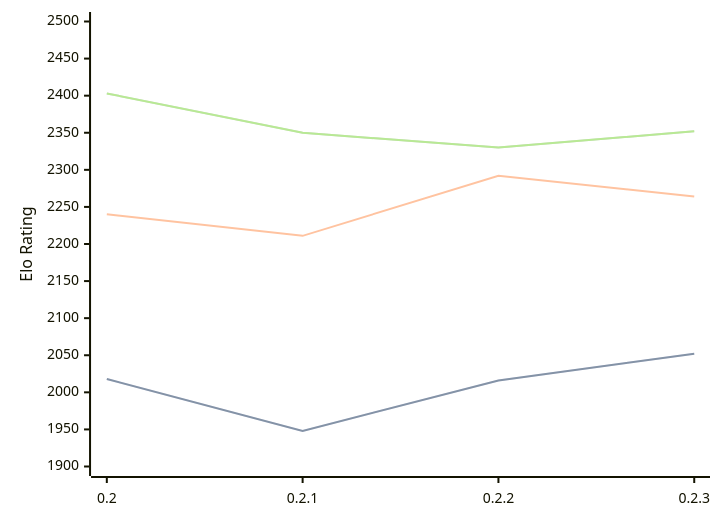
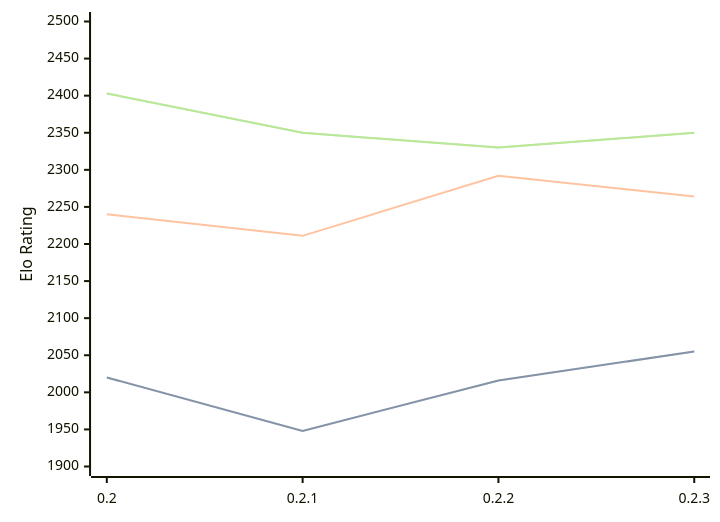
Before and after one commit to computer-chess-index/cci: the diagram in engines/Lolbot.md, drawn with Mermaid. The commit also changed other lines of this file, not shown here.

Commit message:
Update CCI Ratings (ELO VLTC) - 2026-04-09

````diff
--- a/engines/Lolbot.md
+++ b/engines/Lolbot.md
@@ -35,11 +35,11 @@
 ```mermaid
 %%{init: {"theme":"base","themeVariables":{"seriesColors:['#a3a3a3','#222221','#faa371']}}}%%
 xychart-beta
   x-axis ["0.2", "0.2.1", "0.2.2", "0.2.3"]
   y-axis "Elo Rating" 1900 --> 2500
-  line "STC (8.0+0.08s)" [2018, 1948, 2016, 2052]
-  line "STC (8.0+0.08s)" [2018, 1948, 2016, 2052]
+  line "STC (8.0+0.08s)" [2020, 1948, 2016, 2055]
+  line "STC (8.0+0.08s)" [2020, 1948, 2016, 2055]
   line "LTC (60.0+0.60s)" [2240, 2211, 2292, 2264]
-  line "VLTC (2m24s+1.12s)" [2403, 2350, 2330, 2352]
-  line "VLTC (2m24s+1.12s)" [2403, 2350, 2330, 2352]
+  line "VLTC (2m24s+1.12s)" [2403, 2350, 2330, 2350]
+  line "VLTC (2m24s+1.12s)" [2403, 2350, 2330, 2350]
 ```
````
